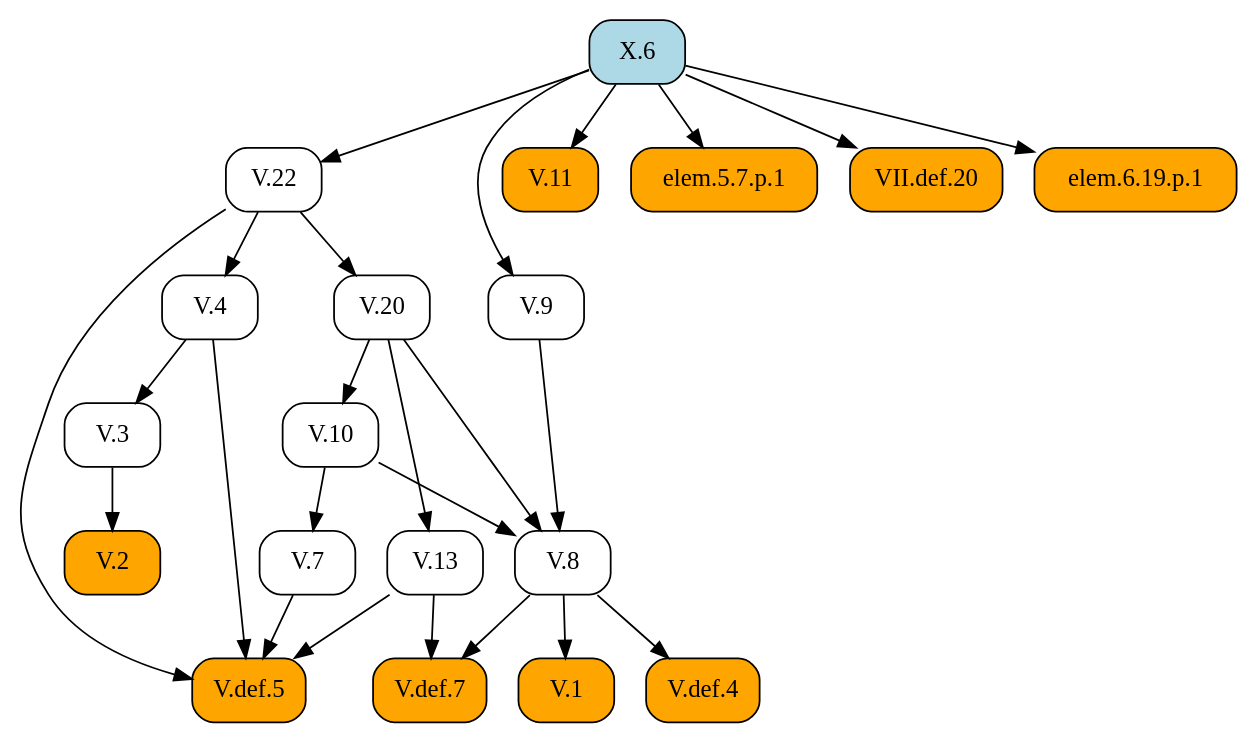
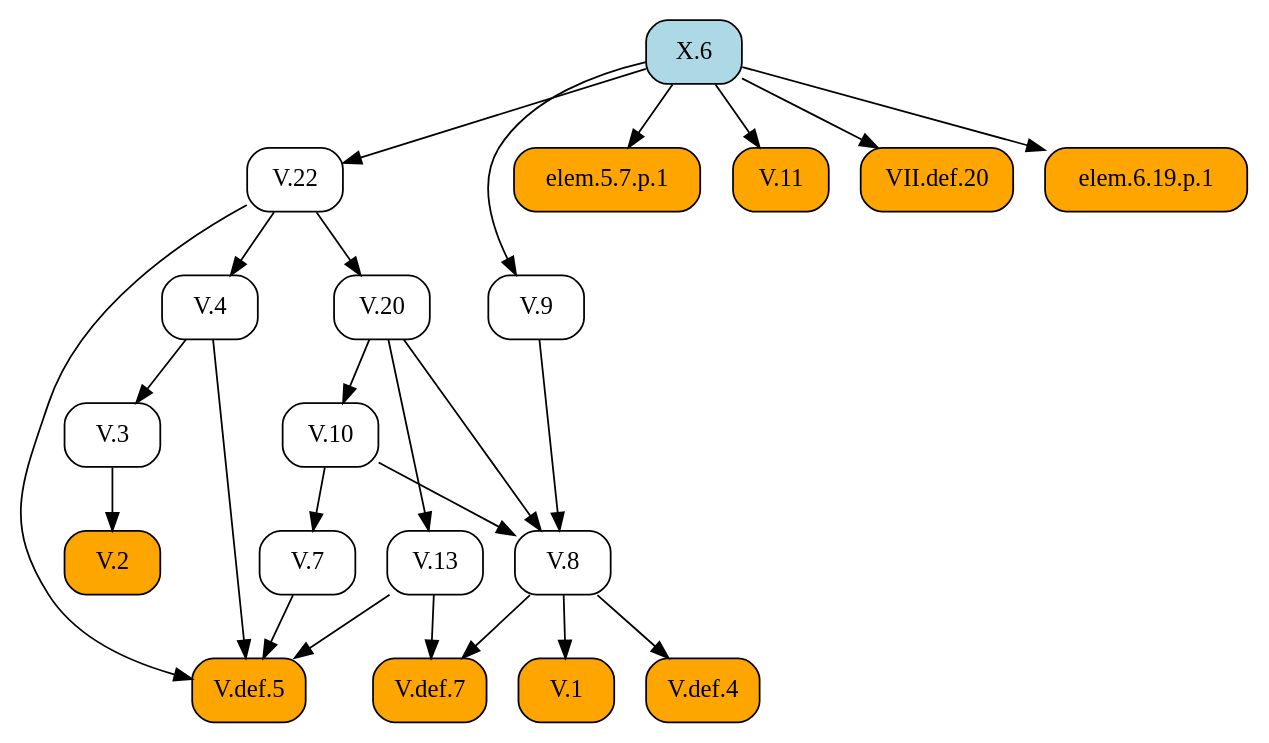
The diagram in docsrc/heath/X/6/index.rst (geometor/elements), drawn with Graphviz before and after one commit. The commit also changed other lines of this file and 1029 other files, not shown here.

```diff
--- a/docsrc/heath/X/6/index.rst
+++ b/docsrc/heath/X/6/index.rst
@@ -74,49 +74,49 @@
 .. graphviz::
 
    digraph {
      rankdir="TB";
      node [shape=box, style=rounded];
+     "V.8" [URL="/heath/V/8/", target="_top"];
+     "V.def.5" [style="rounded,filled", fillcolor=orange, URL="/heath/V/def.5/", target="_top"];
+     "V.22" [URL="/heath/V/22/", target="_top"];
+     "V.4" [URL="/heath/V/4/", target="_top"];
+     "elem.5.7.p.1" [style="rounded,filled", fillcolor=orange];
+     "X.6" [style="rounded,filled", fillcolor=lightblue, URL="/heath/X/6/", target="_top"];
+     "V.10" [URL="/heath/V/10/", target="_top"];
      "V.1" [style="rounded,filled", fillcolor=orange, URL="/heath/V/1/", target="_top"];
-     "V.10" [URL="/heath/V/10/", target="_top"];
-     "X.6" [style="rounded,filled", fillcolor=lightblue, URL="/heath/X/6/", target="_top"];
+     "V.13" [URL="/heath/V/13/", target="_top"];
      "V.20" [URL="/heath/V/20/", target="_top"];
+     "V.11" [style="rounded,filled", fillcolor=orange, URL="/heath/V/11/", target="_top"];
+     "V.7" [URL="/heath/V/7/", target="_top"];
+     "V.9" [URL="/heath/V/9/", target="_top"];
+     "V.def.4" [style="rounded,filled", fillcolor=orange, URL="/heath/V/def.4/", target="_top"];
      "V.2" [style="rounded,filled", fillcolor=orange, URL="/heath/V/2/", target="_top"];
-     "V.def.4" [style="rounded,filled", fillcolor=orange, URL="/heath/V/def.4/", target="_top"];
-     "V.11" [style="rounded,filled", fillcolor=orange, URL="/heath/V/11/", target="_top"];
-     "V.8" [URL="/heath/V/8/", target="_top"];
-     "V.22" [URL="/heath/V/22/", target="_top"];
-     "elem.5.7.p.1" [style="rounded,filled", fillcolor=orange];
-     "V.4" [URL="/heath/V/4/", target="_top"];
-     "V.7" [URL="/heath/V/7/", target="_top"];
-     "V.13" [URL="/heath/V/13/", target="_top"];
-     "V.9" [URL="/heath/V/9/", target="_top"];
      "V.3" [URL="/heath/V/3/", target="_top"];
+     "V.def.7" [style="rounded,filled", fillcolor=orange, URL="/heath/V/def.7/", target="_top"];
      "VII.def.20" [style="rounded,filled", fillcolor=orange, URL="/heath/VII/def.20/", target="_top"];
      "elem.6.19.p.1" [style="rounded,filled", fillcolor=orange];
-     "V.def.7" [style="rounded,filled", fillcolor=orange, URL="/heath/V/def.7/", target="_top"];
-     "V.def.5" [style="rounded,filled", fillcolor=orange, URL="/heath/V/def.5/", target="_top"];
-     "V.8" -> "V.1";
-     "V.20" -> "V.10";
-     "V.22" -> "V.20";
-     "V.3" -> "V.2";
-     "V.8" -> "V.def.4";
-     "X.6" -> "V.11";
      "V.9" -> "V.8";
      "V.10" -> "V.8";
      "V.20" -> "V.8";
-     "X.6" -> "V.22";
-     "X.6" -> "elem.5.7.p.1";
-     "V.22" -> "V.4";
-     "V.10" -> "V.7";
-     "V.20" -> "V.13";
-     "X.6" -> "V.9";
-     "V.4" -> "V.3";
-     "X.6" -> "VII.def.20";
-     "X.6" -> "elem.6.19.p.1";
-     "V.8" -> "V.def.7";
-     "V.13" -> "V.def.7";
      "V.4" -> "V.def.5";
      "V.7" -> "V.def.5";
      "V.13" -> "V.def.5";
      "V.22" -> "V.def.5";
+     "X.6" -> "V.22";
+     "V.22" -> "V.4";
+     "X.6" -> "elem.5.7.p.1";
+     "V.20" -> "V.10";
+     "V.8" -> "V.1";
+     "V.20" -> "V.13";
+     "V.22" -> "V.20";
+     "X.6" -> "V.11";
+     "V.10" -> "V.7";
+     "X.6" -> "V.9";
+     "V.8" -> "V.def.4";
+     "V.3" -> "V.2";
+     "V.4" -> "V.3";
+     "V.8" -> "V.def.7";
+     "V.13" -> "V.def.7";
+     "X.6" -> "VII.def.20";
+     "X.6" -> "elem.6.19.p.1";
    }
```
